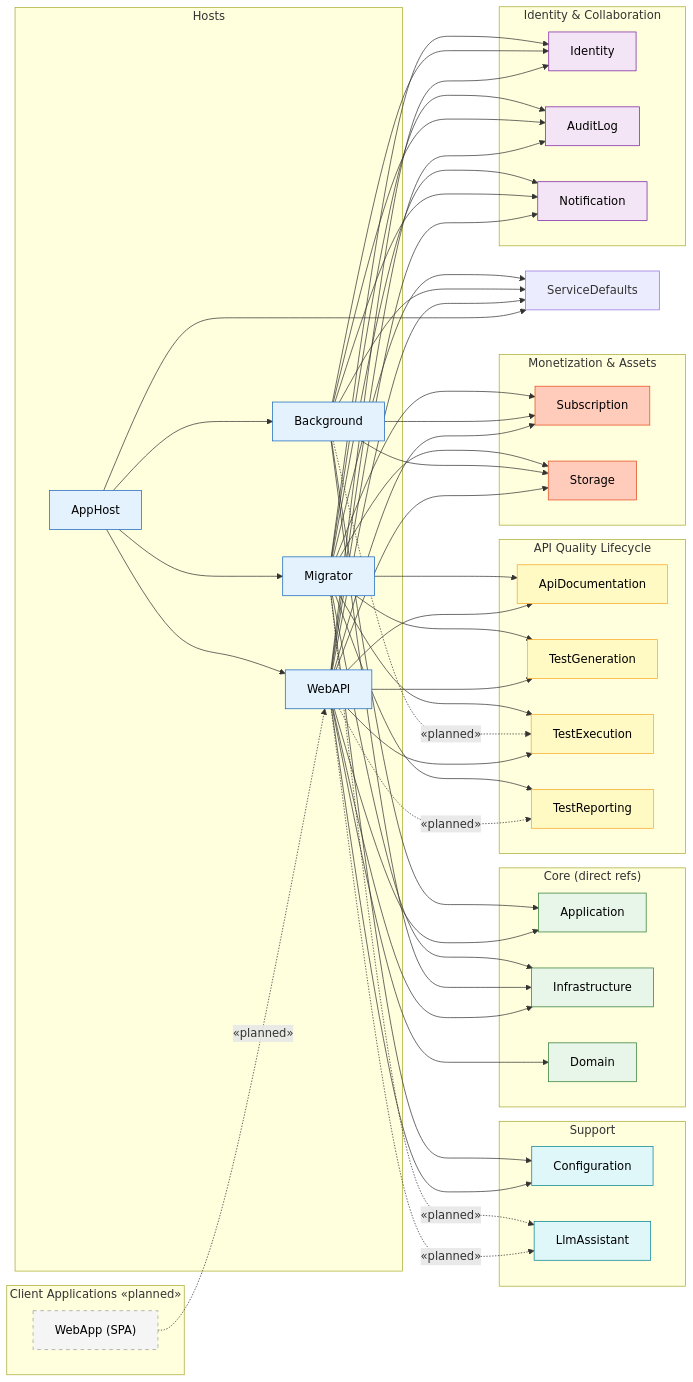
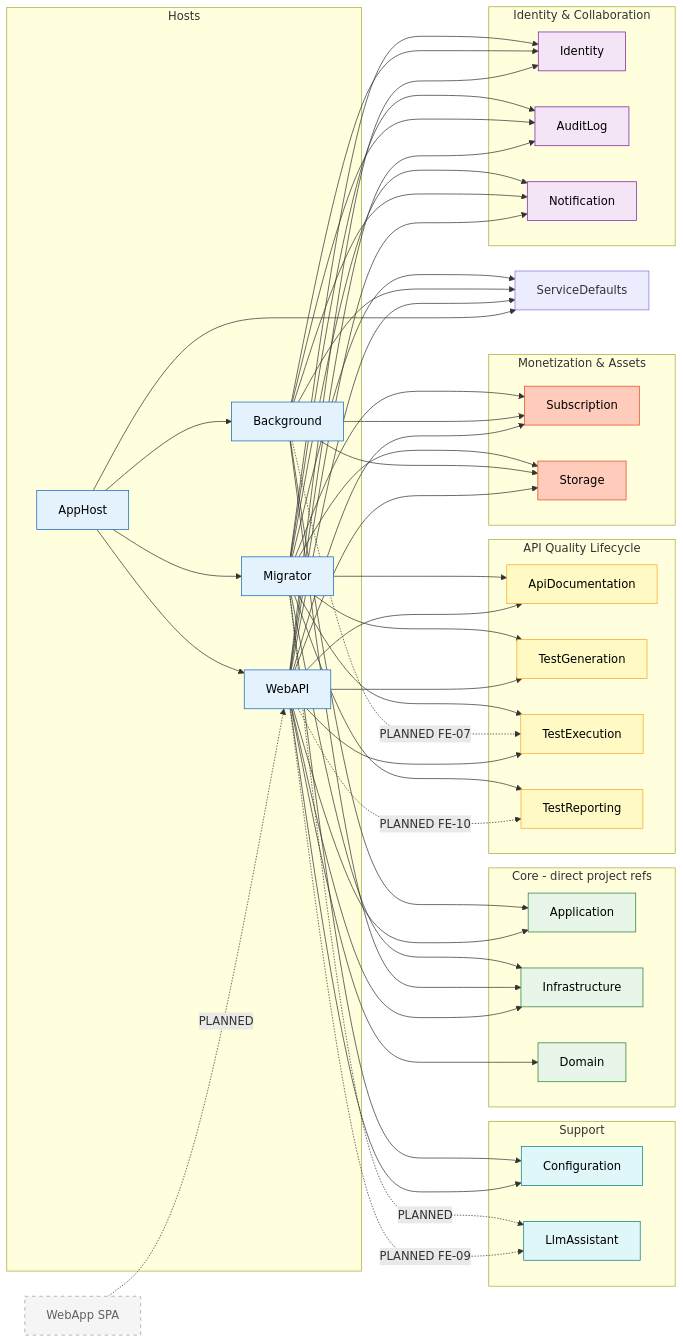
One commit to tinse-22/GSP26SE43.ModularMonolith changed the third of 5 diagrams in docs/architecture/UML_PACKAGE_DIAGRAM_SOURCE.md. Above: the diagram before and after it, drawn with Mermaid. The commit also changed other lines of this file and 1 other file, not shown here.

First line of the commit message:
Feature/fe 05 test generation algorithms (#60)

````diff
--- a/docs/architecture/UML_PACKAGE_DIAGRAM_SOURCE.md
+++ b/docs/architecture/UML_PACKAGE_DIAGRAM_SOURCE.md
@@ -610,8 +306,6 @@
 ```mermaid
-graph LR
-    subgraph ClientApps["Client Applications «planned»"]
-        WebApp["WebApp (SPA)"]
-    end
+flowchart LR
+    WebApp["WebApp SPA"]
 
     subgraph Hosts["Hosts"]
         AppHost
@@ -619,6 +313,8 @@
         Background
         Migrator
     end
+
+    ServiceDefaults
 
     subgraph BC_API["API Quality Lifecycle"]
         ApiDoc["ApiDocumentation"]
@@ -643,16 +339,14 @@
         LlmAssistant
     end
 
-    subgraph Core["Core (direct refs)"]
+    subgraph HostCore["Core - direct project refs"]
         Application
         Infrastructure
         Domain
     end
 
-    ServiceDefaults
-
-    %% Client Application to Host
-    WebApp -.->|«planned»| WebAPI
+    %% Client to Host - planned
+    WebApp -.->|PLANNED| WebAPI
 
     %% AppHost orchestration
     AppHost --> WebAPI
@@ -660,12 +354,12 @@
     AppHost --> Migrator
     AppHost --> ServiceDefaults
 
-    %% All hosts → ServiceDefaults
+    %% All hosts use ServiceDefaults
     WebAPI --> ServiceDefaults
     Background --> ServiceDefaults
     Migrator --> ServiceDefaults
 
-    %% WebAPI → Modules
+    %% WebAPI composes - implemented
     WebAPI --> ApiDoc
     WebAPI --> TestGen
     WebAPI --> TestExec
@@ -675,18 +369,22 @@
     WebAPI --> Subscription
     WebAPI --> Storage
     WebAPI --> Configuration
-    WebAPI -.->|«planned»| TestRep
-    WebAPI -.->|«planned»| LlmAssistant
 
-    %% Background → Modules
+    %% WebAPI composes - planned
+    WebAPI -.->|PLANNED FE-10| TestRep
+    WebAPI -.->|PLANNED FE-09| LlmAssistant
+
+    %% Background composes - implemented
+    Background --> Identity
     Background --> AuditLog
-    Background --> Identity
     Background --> Notification
     Background --> Subscription
     Background --> Storage
-    Background -.->|«planned»| TestExec
 
-    %% Migrator → Modules
+    %% Background composes - planned
+    Background -.->|PLANNED FE-07| TestExec
+
+    %% Migrator composes - implemented
     Migrator --> ApiDoc
     Migrator --> TestGen
     Migrator --> TestExec
@@ -697,9 +395,11 @@
     Migrator --> Subscription
     Migrator --> Storage
     Migrator --> Configuration
-    Migrator -.->|«planned»| LlmAssistant
 
-    %% Host → Core (direct project refs)
+    %% Migrator composes - planned
+    Migrator -.->|PLANNED| LlmAssistant
+
+    %% Host to Core direct project refs
     WebAPI --> Application
     WebAPI --> Domain
     WebAPI --> Infrastructure
@@ -713,7 +413,7 @@
     classDef mon fill:#FFCCBC,stroke:#E64A19,color:#000
     classDef sup fill:#E0F7FA,stroke:#00838F,color:#000
     classDef core fill:#E8F5E9,stroke:#2E7D32,color:#000
-    classDef planned fill:#F5F5F5,stroke:#9E9E9E,stroke-dasharray: 5 5,color:#000
+    classDef planned fill:#F5F5F5,stroke:#9E9E9E,stroke-dasharray:5 5,color:#616161
 
     class WebApp planned
     class AppHost,WebAPI,Background,Migrator host
````
